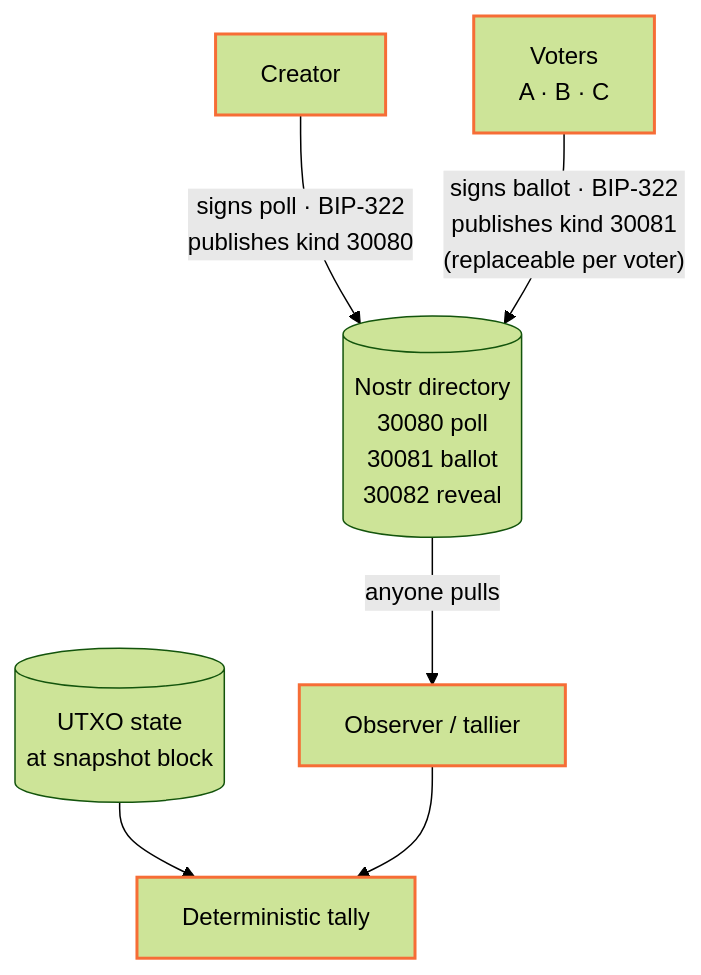
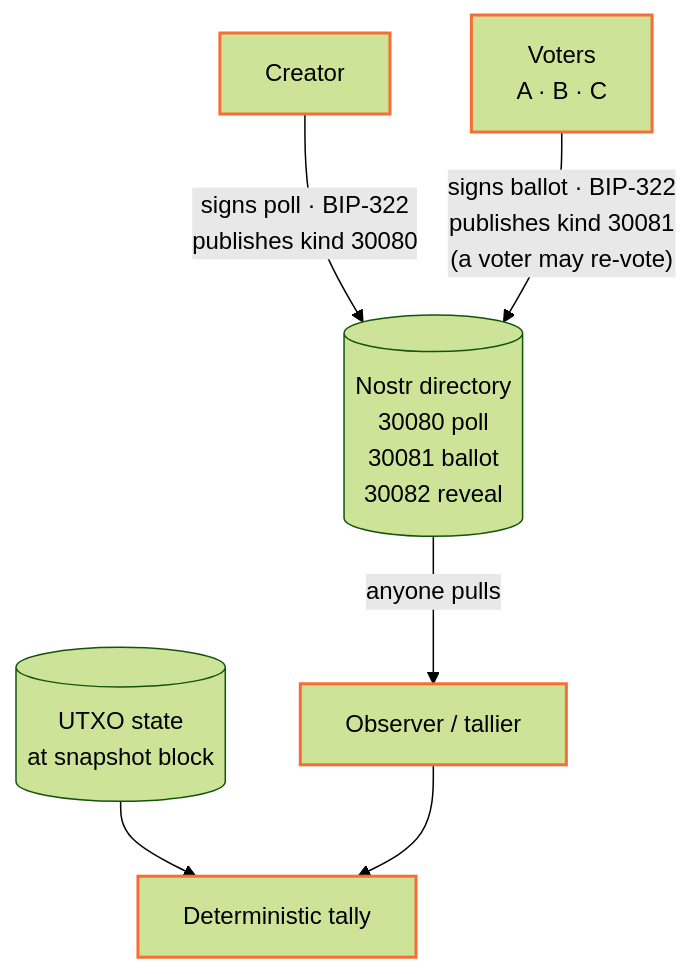
Before and after one commit to orangecheck/oc-docs: the diagram in src/pages/vote/protocol.mdx, drawn with Mermaid (forest theme). The commit also changed other lines of this file and 4 other files, not shown here.

First line of the commit message:
OC Vote docs: relays keep every ballot; the tiebreak decides

````diff
--- a/src/pages/vote/protocol.mdx
+++ b/src/pages/vote/protocol.mdx
@@ -14,13 +14,13 @@
 ```mermaid
 flowchart TB
     C["Creator"] -->|signs poll · BIP-322<br/>publishes kind 30080| N[("Nostr directory<br/>30080 poll<br/>30081 ballot<br/>30082 reveal")]
-    V["Voters<br/>A · B · C"] -->|"signs ballot · BIP-322<br/>publishes kind 30081<br/>(replaceable per voter)"| N
+    V["Voters<br/>A · B · C"] -->|"signs ballot · BIP-322<br/>publishes kind 30081<br/>(a voter may re-vote)"| N
     N -->|anyone pulls| O["Observer / tallier"]
     U[("UTXO state<br/>at snapshot block")] --> T
     O --> T["Deterministic tally"]
 
     classDef base stroke:#f66d36,stroke-width:2px;
     classDef store stroke-width:1px;
     class C,V,O,T base;
     class N,U store;
 ```
````
